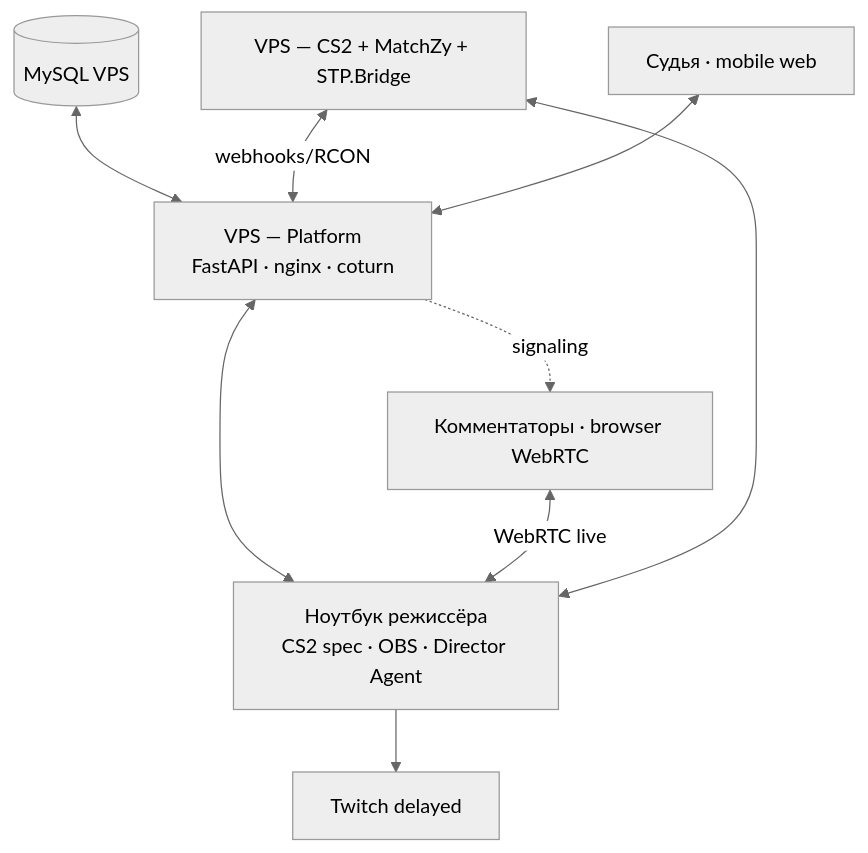
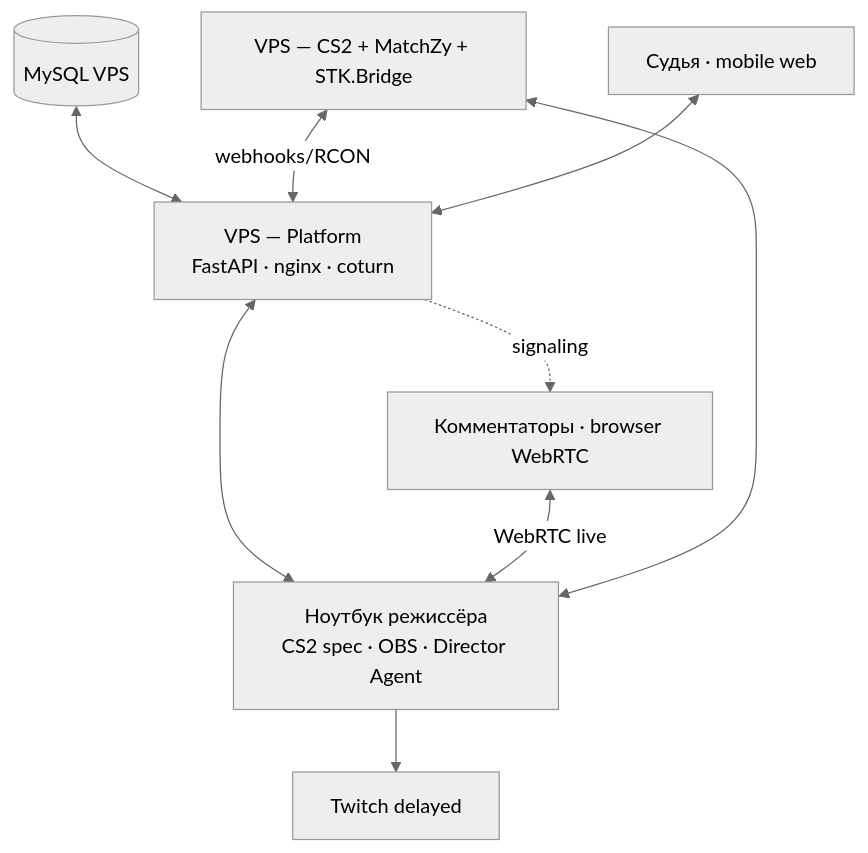
Before and after one commit to Gorshipiskp/StudentTournamentKit: the diagram in overview/architecture.md, drawn with Mermaid (neutral theme). The commit also changed other lines of this file and 72 other files, not shown here.

````diff
--- a/overview/architecture.md
+++ b/overview/architecture.md
@@ -22,19 +22,19 @@
 ```mermaid
 flowchart TB
-    CS2["VPS — CS2 + MatchZy + STP.Bridge"]
+    CS2["VPS — CS2 + MatchZy + STK.Bridge"]
     PLAT["VPS — Platform\nFastAPI · nginx · coturn"]
     MYSQL[(MySQL VPS)]
     DIR["Ноутбук режиссёра\nCS2 spec · OBS · Director Agent"]
     JUDGE["Судья · mobile web"]
     COMM["Комментаторы · browser WebRTC"]
     TWITCH["Twitch delayed"]
 
     MYSQL <--> PLAT
     CS2 <-->|webhooks/RCON| PLAT
     PLAT <--> DIR
     DIR <--> CS2
     JUDGE <--> PLAT
     COMM <-->|WebRTC live| DIR
     PLAT -.->|signaling| COMM
     DIR --> TWITCH
 ```
````
